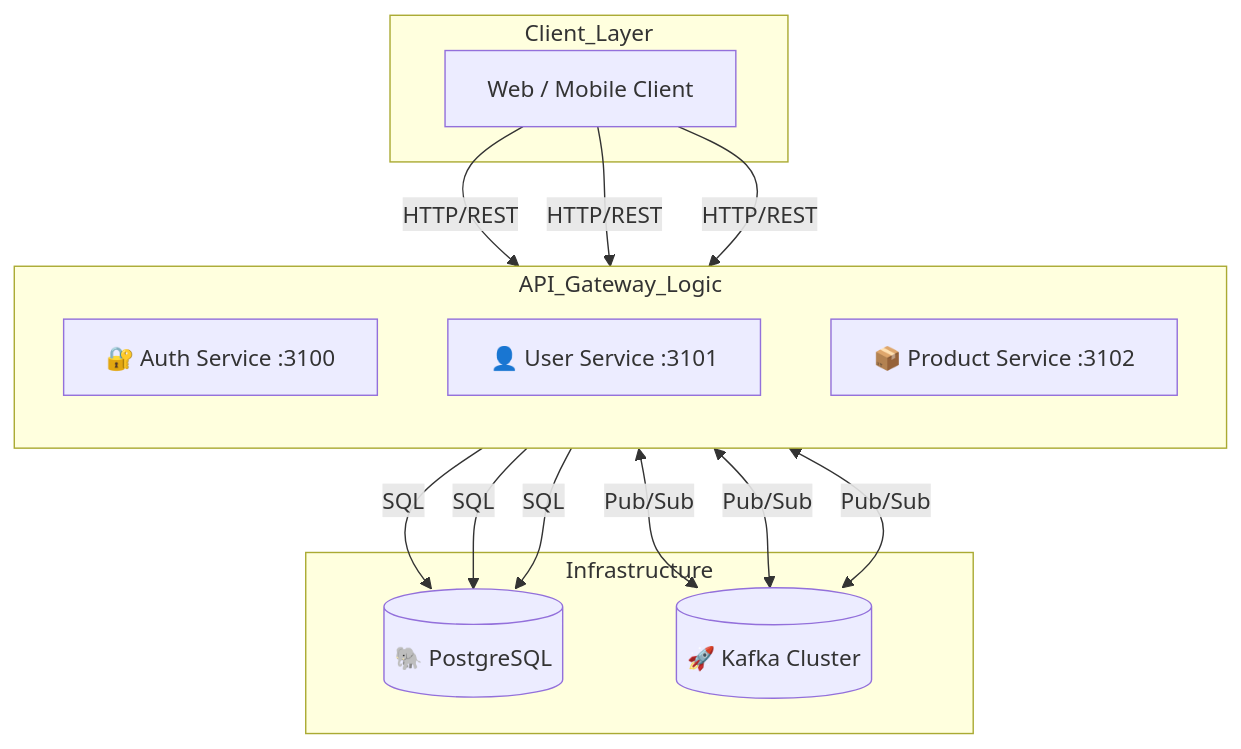
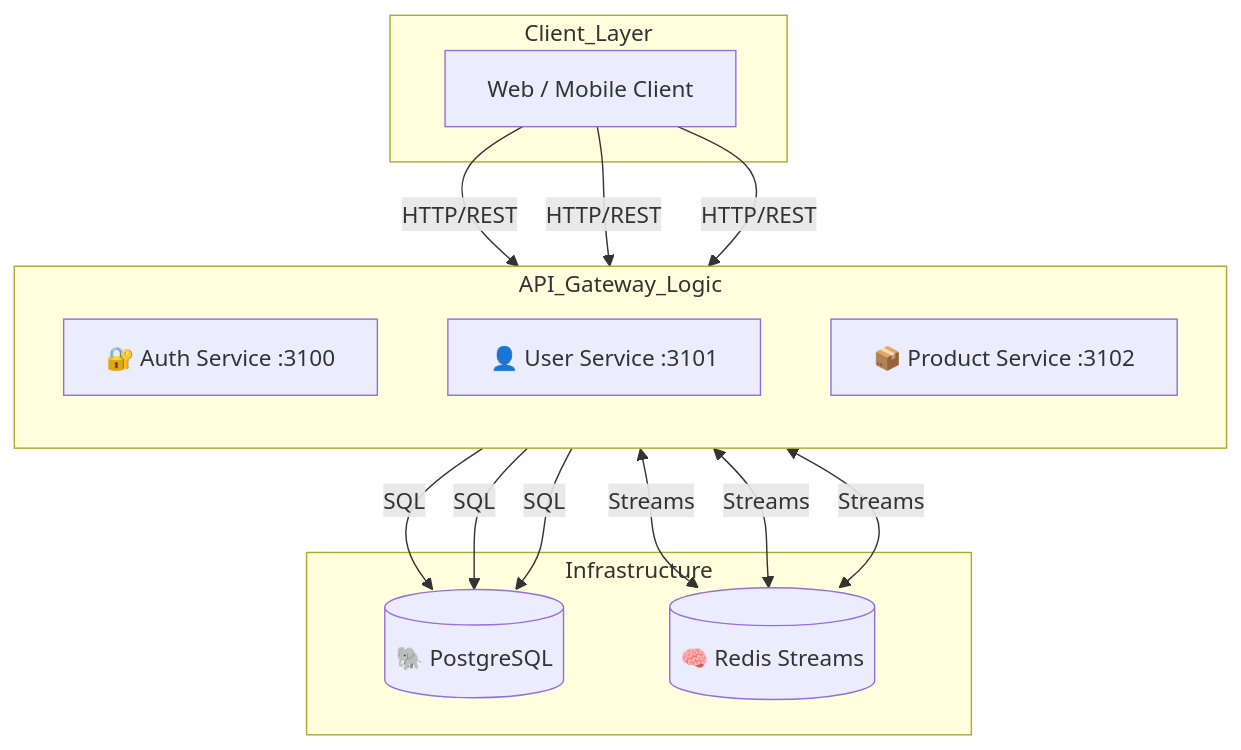
The first of 2 diagrams in README.md (aldoignatachandra/Bun-Hono-Redis-Boilerplate), drawn with Mermaid before and after one commit. The commit also changed other lines of this file and 68 other files, not shown here.

Commit message:
update: redis pub sub setup project

````diff
--- a/README.md
+++ b/README.md
@@ -52,30 +52,30 @@
 ```mermaid
 graph TB
   subgraph Client_Layer
     Client[Web / Mobile Client]
   end
 
   subgraph API_Gateway_Logic
     direction TB
     Auth[🔐 Auth Service :3100]
     User[👤 User Service :3101]
     Prod[📦 Product Service :3102]
   end
 
   subgraph Infrastructure
     PG[(🐘 PostgreSQL)]
-    Kafka[(🚀 Kafka Cluster)]
+    Redis[(🧠 Redis Streams)]
   end
 
   Client -->|HTTP/REST| Auth
   Client -->|HTTP/REST| User
   Client -->|HTTP/REST| Prod
 
   Auth -->|SQL| PG
   User -->|SQL| PG
   Prod -->|SQL| PG
 
-  Auth <-->|Pub/Sub| Kafka
-  User <-->|Pub/Sub| Kafka
-  Prod <-->|Pub/Sub| Kafka
+  Auth <-->|Streams| Redis
+  User <-->|Streams| Redis
+  Prod <-->|Streams| Redis
 ```
````
